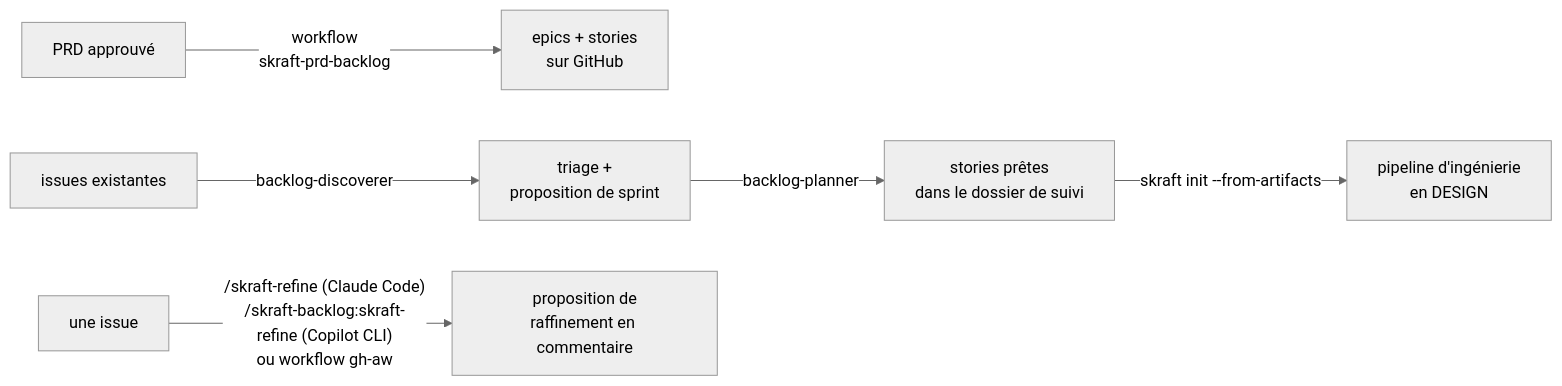
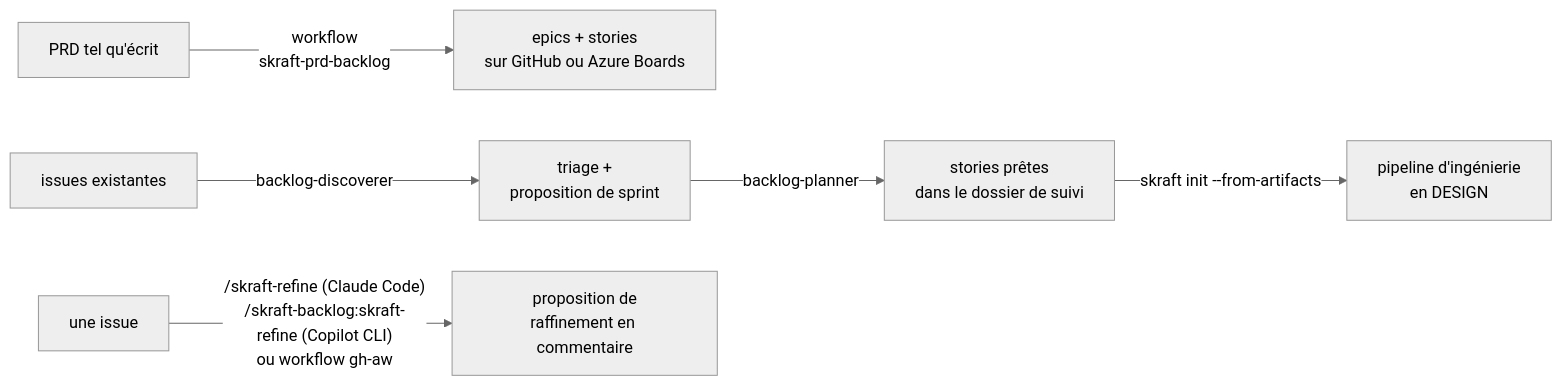
Before and after one commit to SebastienDegodez/skraft-plugin: the diagram in docs/website/i18n/fr/docusaurus-plugin-content-docs/current/explanation/backlog.md, drawn with Mermaid (neutral theme). The commit also changed other lines of this file and 10 other files, not shown here.

First line of the commit message:
docs(backlog): the PRD is read as written and the backlog goes to GitHub or Azure Boards, in every page

````diff
--- a/docs/website/i18n/fr/docusaurus-plugin-content-docs/current/explanation/backlog.md
+++ b/docs/website/i18n/fr/docusaurus-plugin-content-docs/current/explanation/backlog.md
@@ -27,8 +27,8 @@
 ```mermaid
 flowchart LR
-    PRD["PRD approuvé"] -->|workflow<br/>skraft-prd-backlog| BL["epics + stories<br/>sur GitHub"]
+    PRD["PRD tel qu'écrit"] -->|workflow<br/>skraft-prd-backlog| BL["epics + stories<br/>sur GitHub ou Azure Boards"]
     IS["issues existantes"] -->|backlog-discoverer| TR["triage +<br/>proposition de sprint"]
     TR -->|backlog-planner| ST["stories prêtes<br/>dans le dossier de suivi"]
     ONE["une issue"] -->|"/skraft-refine (Claude Code)<br/>/skraft-backlog:skraft-refine (Copilot CLI)<br/>ou workflow gh-aw"| CO["proposition de<br/>raffinement en commentaire"]
     ST -->|skraft init --from-artifacts| ENG["pipeline d'ingénierie<br/>en DESIGN"]
 ```
````
